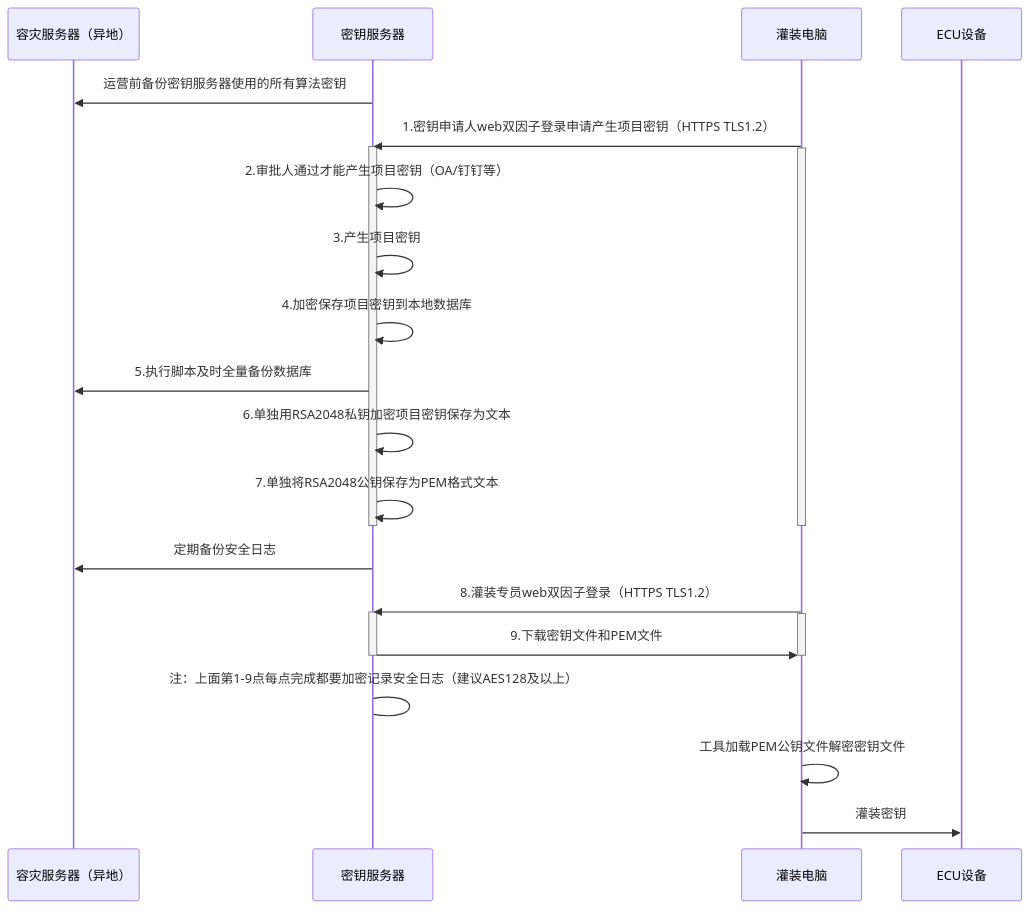
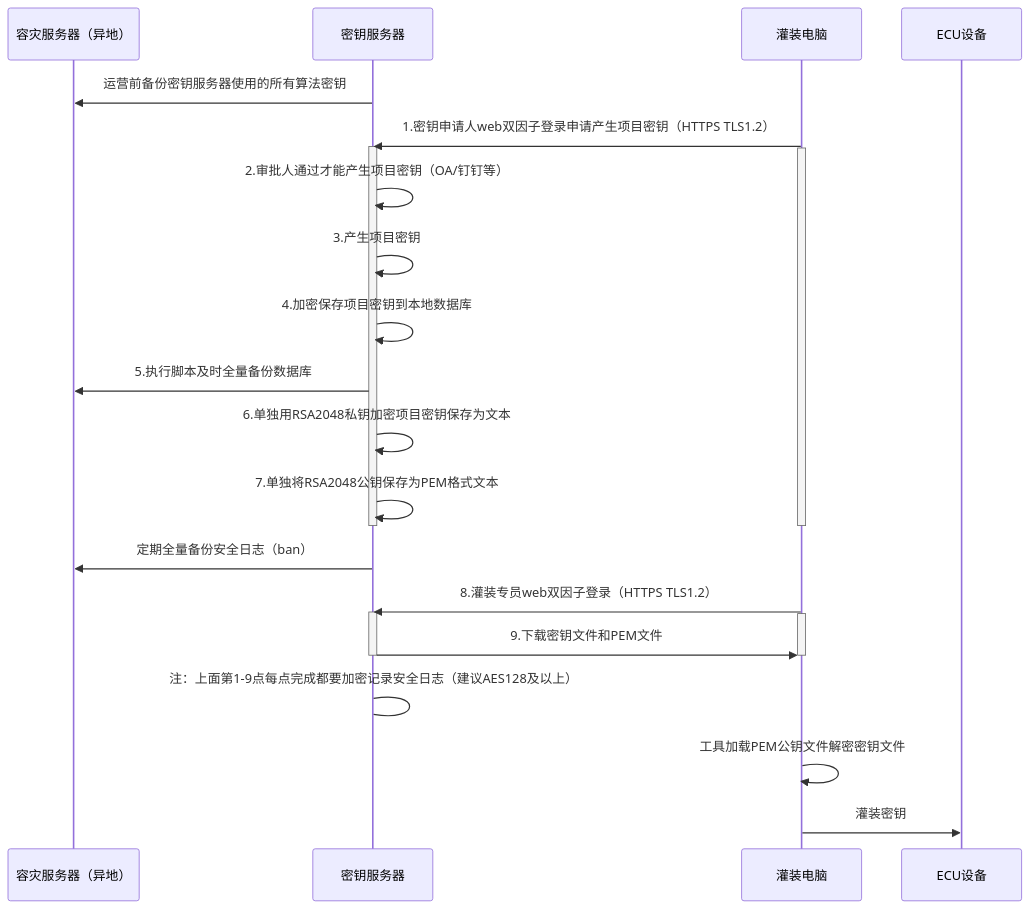
The diagram in all/未命名-15.md (facebook-cloud/iodraw-files), drawn with Mermaid before and after one commit.

Commit message:
2026-02-12 17:19:05 update

````diff
--- a/all/未命名-15.md
+++ b/all/未命名-15.md
@@ -1,34 +1,34 @@
 ```mermaid
 sequenceDiagram
     participant A as 容灾服务器（异地）
     participant B as 密钥服务器
     participant D as 灌装电脑
     participant E as ECU设备
 
     B->>A: 运营前备份密钥服务器使用的所有算法密钥
     D->>B: 1.密钥申请人web双因子登录申请产生项目密钥（HTTPS TLS1.2）
     activate B
     activate D
     B->>B: 2.审批人通过才能产生项目密钥（OA/钉钉等）
     B->>B: 3.产生项目密钥
     B->>B: 4.加密保存项目密钥到本地数据库
     B->>A: 5.执行脚本及时全量备份数据库
     B->>B: 6.单独用RSA2048私钥加密项目密钥保存为文本
     B->>B: 7.单独将RSA2048公钥保存为PEM格式文本
     deactivate B
     deactivate D
 
-    B->>A: 定期备份安全日志
+    B->>A: 定期全量备份安全日志（ban）
     
     D->>B: 8.灌装专员web双因子登录（HTTPS TLS1.2）
     activate B
     activate D
     B->>D: 9.下载密钥文件和PEM文件
     deactivate B
     deactivate D
     B->B: 注：上面第1-9点每点完成都要加密记录安全日志（建议AES128及以上）
 
     D->>D:工具加载PEM公钥文件解密密钥文件
     
     D->>E: 灌装密钥
 ```
````
